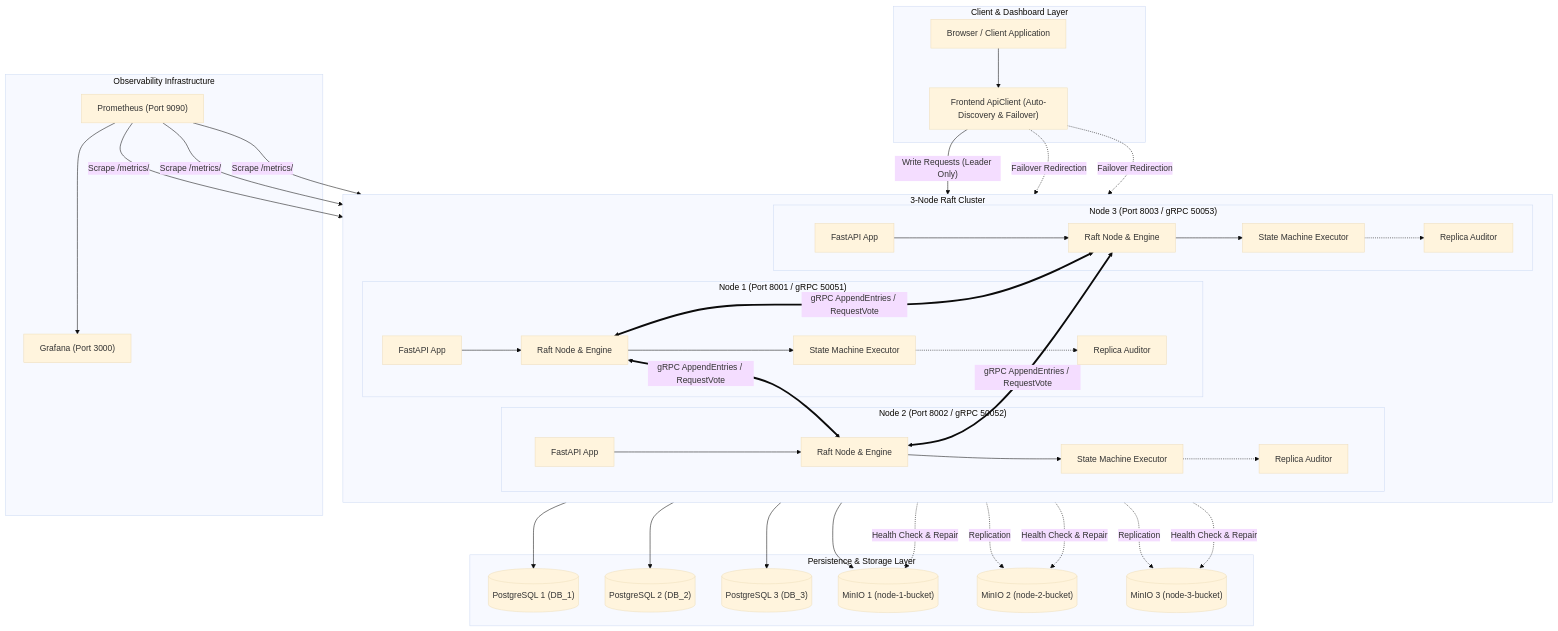
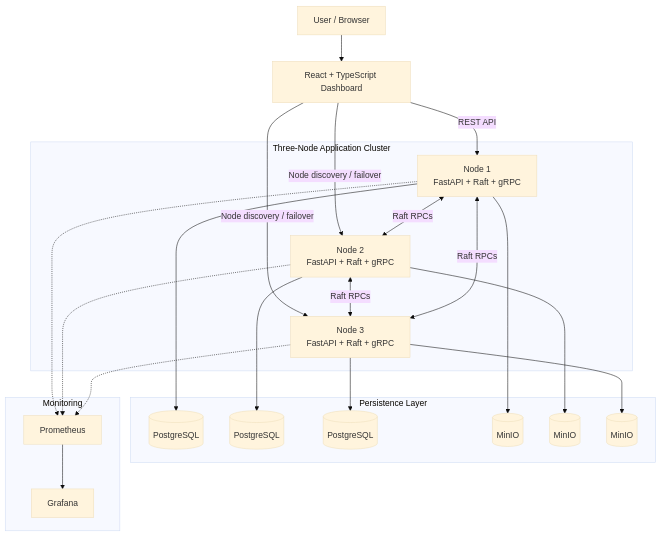
One commit to chiragkochar89/secure-distributed-dropbox changed the diagram in README.md. Above: the diagram before and after it, drawn with Mermaid (base theme). The commit also changed other lines of this file, not shown here.

First line of the commit message:
docs: improve README and add architecture diagram

````diff
--- a/README.md
+++ b/README.md
@@ -68,77 +37,47 @@
 ```mermaid
-flowchart TD
-    subgraph ClientLayer["Client & Dashboard Layer"]
-        Client["Browser / Client Application"]
-        ApiClient["Frontend ApiClient (Auto-Discovery & Failover)"]
-        Client --> ApiClient
+flowchart TB
+    U["User / Browser"]
+    FE["React + TypeScript Dashboard"]
+
+    subgraph APP["Three-Node Application Cluster"]
+        N1["Node 1<br/>FastAPI + Raft + gRPC"]
+        N2["Node 2<br/>FastAPI + Raft + gRPC"]
+        N3["Node 3<br/>FastAPI + Raft + gRPC"]
     end
 
-    subgraph Cluster["3-Node Raft Cluster"]
-        direction LR
-        subgraph Node1["Node 1 (Port 8001 / gRPC 50051)"]
-            N1_API["FastAPI App"]
-            N1_Raft["Raft Node & Engine"]
-            N1_SM["State Machine Executor"]
-            N1_Auditor["Replica Auditor"]
-            N1_API --> N1_Raft --> N1_SM
-            N1_SM -.-> N1_Auditor
-        end
-
-        subgraph Node2["Node 2 (Port 8002 / gRPC 50052)"]
-            N2_API["FastAPI App"]
-            N2_Raft["Raft Node & Engine"]
-            N2_SM["State Machine Executor"]
-            N2_Auditor["Replica Auditor"]
-            N2_API --> N2_Raft --> N2_SM
-            N2_SM -.-> N2_Auditor
-        end
-
-        subgraph Node3["Node 3 (Port 8003 / gRPC 50053)"]
-            N3_API["FastAPI App"]
-            N3_Raft["Raft Node & Engine"]
-            N3_SM["State Machine Executor"]
-            N3_Auditor["Replica Auditor"]
-            N3_API --> N3_Raft --> N3_SM
-            N3_SM -.-> N3_Auditor
-        end
+    subgraph DATA["Persistence Layer"]
+        P1[("PostgreSQL")]
+        P2[("PostgreSQL")]
+        P3[("PostgreSQL")]
+        M1[("MinIO")]
+        M2[("MinIO")]
+        M3[("MinIO")]
     end
 
-    subgraph DataLayer["Persistence & Storage Layer"]
-        PG1[("PostgreSQL 1 (DB_1)")]
-        PG2[("PostgreSQL 2 (DB_2)")]
-        PG3[("PostgreSQL 3 (DB_3)")]
-        MINIO1[("MinIO 1 (node-1-bucket)")]
-        MINIO2[("MinIO 2 (node-2-bucket)")]
-        MINIO3[("MinIO 3 (node-3-bucket)")]
+    subgraph OBS["Monitoring"]
+        PROM["Prometheus"]
+        GRAF["Grafana"]
     end
 
-    subgraph MonitoringLayer["Observability Infrastructure"]
-        Prometheus["Prometheus (Port 9090)"]
-        Grafana["Grafana (Port 3000)"]
-        Prometheus --> Grafana
-    end
+    U --> FE
+    FE -->|"REST API"| N1
+    FE -->|"Node discovery / failover"| N2
+    FE -->|"Node discovery / failover"| N3
 
-    ApiClient -->|"Write Requests (Leader Only)"| N1_API
-    ApiClient -.->|"Failover Redirection"| N2_API
-    ApiClient -.->|"Failover Redirection"| N3_API
+    N1 <-->|"Raft RPCs"| N2
+    N2 <-->|"Raft RPCs"| N3
+    N1 <-->|"Raft RPCs"| N3
 
-    N1_Raft <== "gRPC AppendEntries / RequestVote" ==> N2_Raft
-    N2_Raft <== "gRPC AppendEntries / RequestVote" ==> N3_Raft
-    N1_Raft <== "gRPC AppendEntries / RequestVote" ==> N3_Raft
+    N1 --> P1
+    N2 --> P2
+    N3 --> P3
 
-    N1_SM --> PG1
-    N2_SM --> PG2
-    N3_SM --> PG3
+    N1 --> M1
+    N2 --> M2
+    N3 --> M3
 
-    N1_API --> MINIO1
-    N1_API -.->|"Replication"| MINIO2
-    N1_API -.->|"Replication"| MINIO3
-
-    N1_Auditor -.->|"Health Check & Repair"| MINIO1
-    N1_Auditor -.->|"Health Check & Repair"| MINIO2
-    N1_Auditor -.->|"Health Check & Repair"| MINIO3
-
-    Prometheus -->|Scrape /metrics/| N1_API
-    Prometheus -->|Scrape /metrics/| N2_API
-    Prometheus -->|Scrape /metrics/| N3_API
+    N1 -.-> PROM
+    N2 -.-> PROM
+    N3 -.-> PROM
+    PROM --> GRAF
 ```
````
